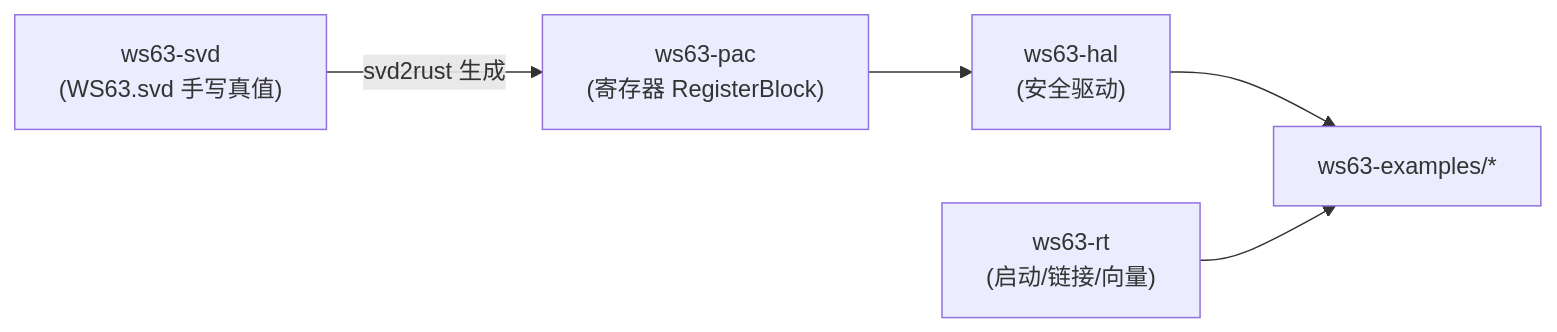
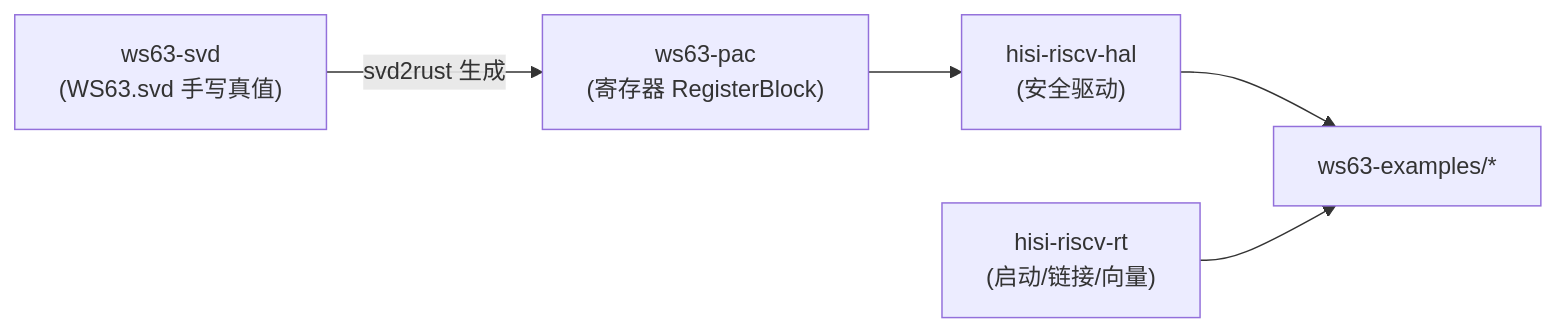
Before and after one commit to hispark-rs/hisi-riscv-rs: the diagram in docs/architecture/ws63-svd.md, drawn with Mermaid. The commit also changed other lines of this file and 50 other files, not shown here.

````diff
--- a/docs/architecture/ws63-svd.md
+++ b/docs/architecture/ws63-svd.md
@@ -24,7 +24,7 @@
 ```mermaid
 flowchart LR
     SVD["ws63-svd<br/>(WS63.svd 手写真值)"] -->|svd2rust 生成| PAC["ws63-pac<br/>(寄存器 RegisterBlock)"]
-    PAC --> HAL["ws63-hal<br/>(安全驱动)"]
+    PAC --> HAL["hisi-riscv-hal<br/>(安全驱动)"]
     HAL --> EX["ws63-examples/*"]
-    RT["ws63-rt<br/>(启动/链接/向量)"] --> EX
+    RT["hisi-riscv-rt<br/>(启动/链接/向量)"] --> EX
 ```
````
